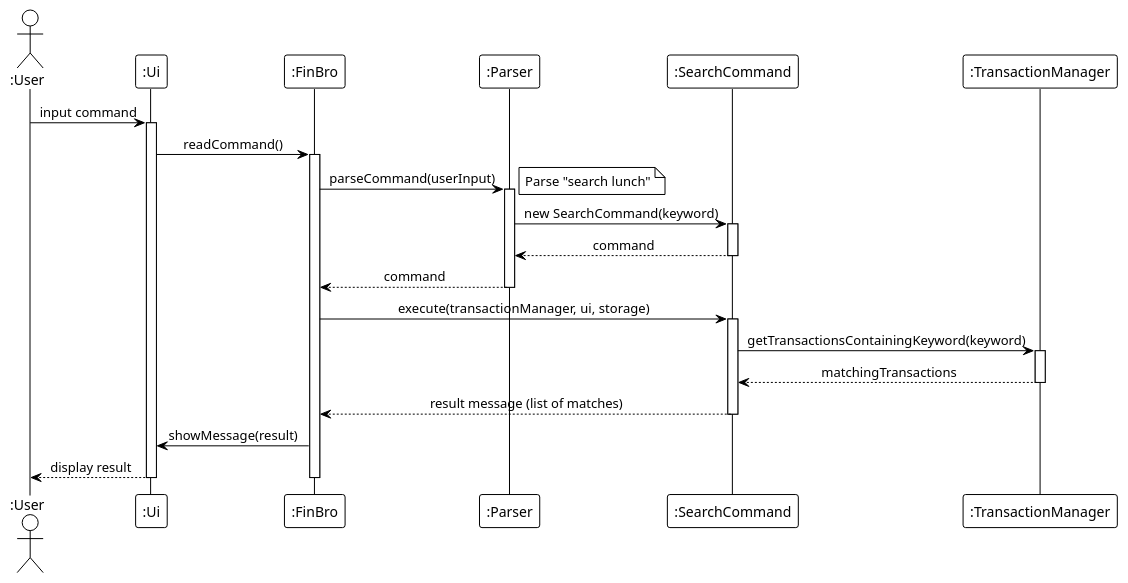
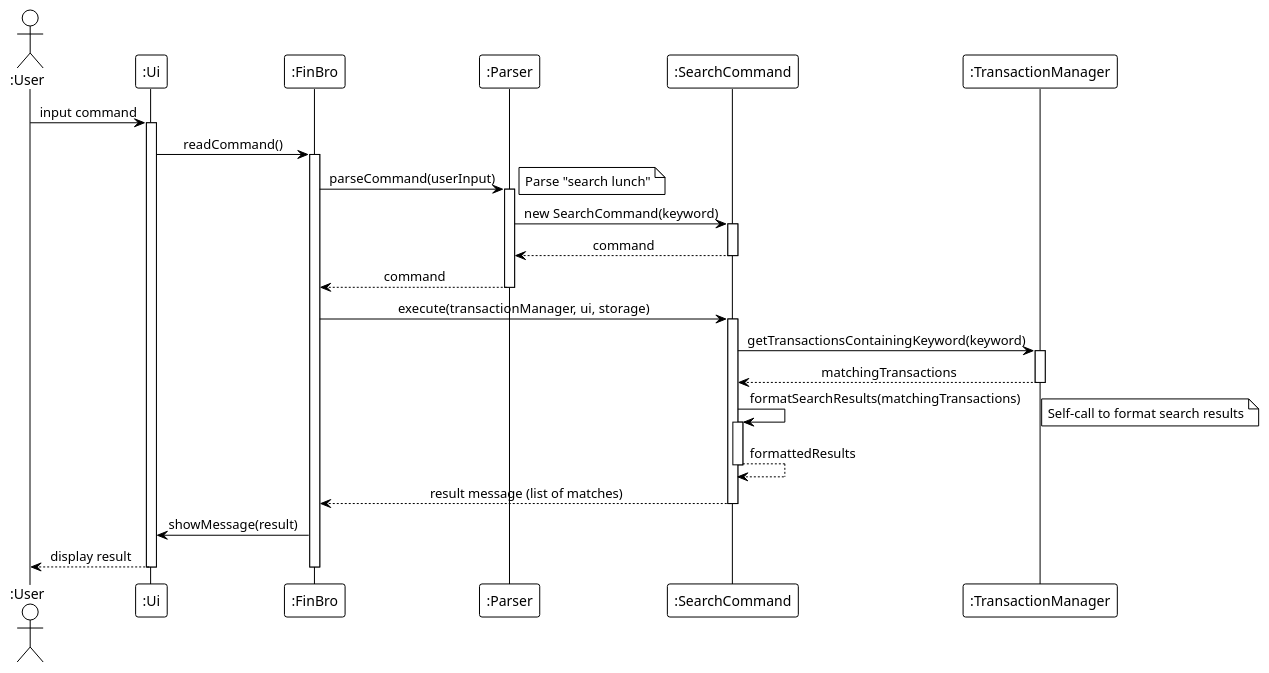
One commit to laitcanard05/tp changed diagram 15 of 20 in docs/DeveloperGuide.md. Above: the diagram before and after it, drawn with PlantUML. The commit also changed other lines of this file, not shown here.

Commit message:
Fix self-call issues

````diff
--- a/docs/DeveloperGuide.md
+++ b/docs/DeveloperGuide.md
@@ -1378,48 +1378,54 @@
 ```puml
 @startuml
 !theme plain
 skinparam sequenceMessageAlign center
 skinparam responseMessageBelowArrow true
 
 actor ":User" as User
 participant ":Ui" as UI
 participant ":FinBro" as FinBro
 participant ":Parser" as Parser
 participant ":SearchCommand" as SearchCommand
 participant ":TransactionManager" as TransactionMgr
 
 User -> UI : input command
 activate UI
 
 UI -> FinBro : readCommand()
 activate FinBro
 
 FinBro -> Parser : parseCommand(userInput)
 activate Parser
 note right: Parse "search lunch"
 
 Parser -> SearchCommand : new SearchCommand(keyword)
 activate SearchCommand
 SearchCommand --> Parser : command
 deactivate SearchCommand
 Parser --> FinBro : command
 deactivate Parser
 
 FinBro -> SearchCommand : execute(transactionManager, ui, storage)
 activate SearchCommand
 
 SearchCommand -> TransactionMgr : getTransactionsContainingKeyword(keyword)
 activate TransactionMgr
 TransactionMgr --> SearchCommand : matchingTransactions
 deactivate TransactionMgr
 
+SearchCommand -> SearchCommand : formatSearchResults(matchingTransactions)
+activate SearchCommand
+note right: Self-call to format search results
+SearchCommand --> SearchCommand : formattedResults
+deactivate SearchCommand
+
 SearchCommand --> FinBro : result message (list of matches)
 deactivate SearchCommand
 
 FinBro -> UI : showMessage(result)
 UI --> User : display result
 deactivate UI
 deactivate FinBro
 
 @enduml
 ```
````
